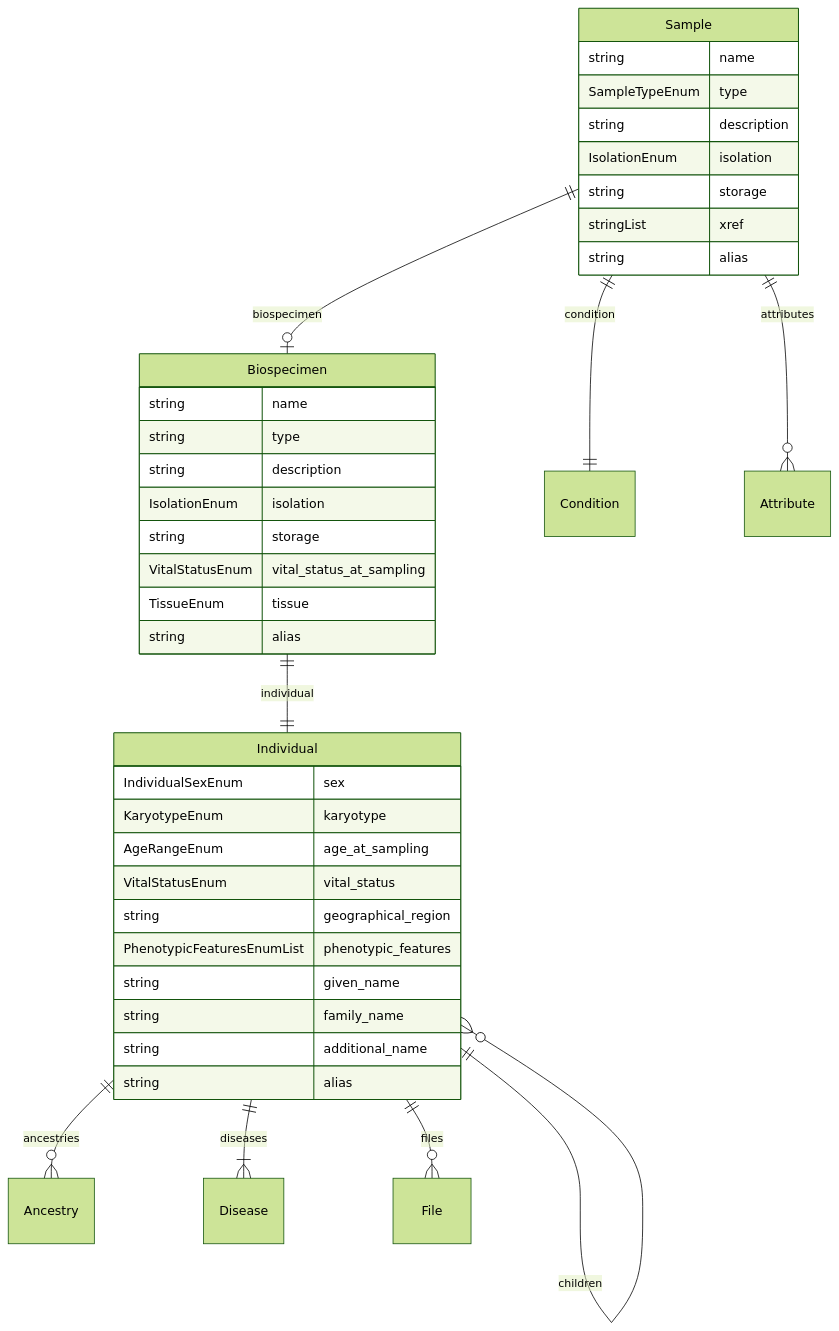
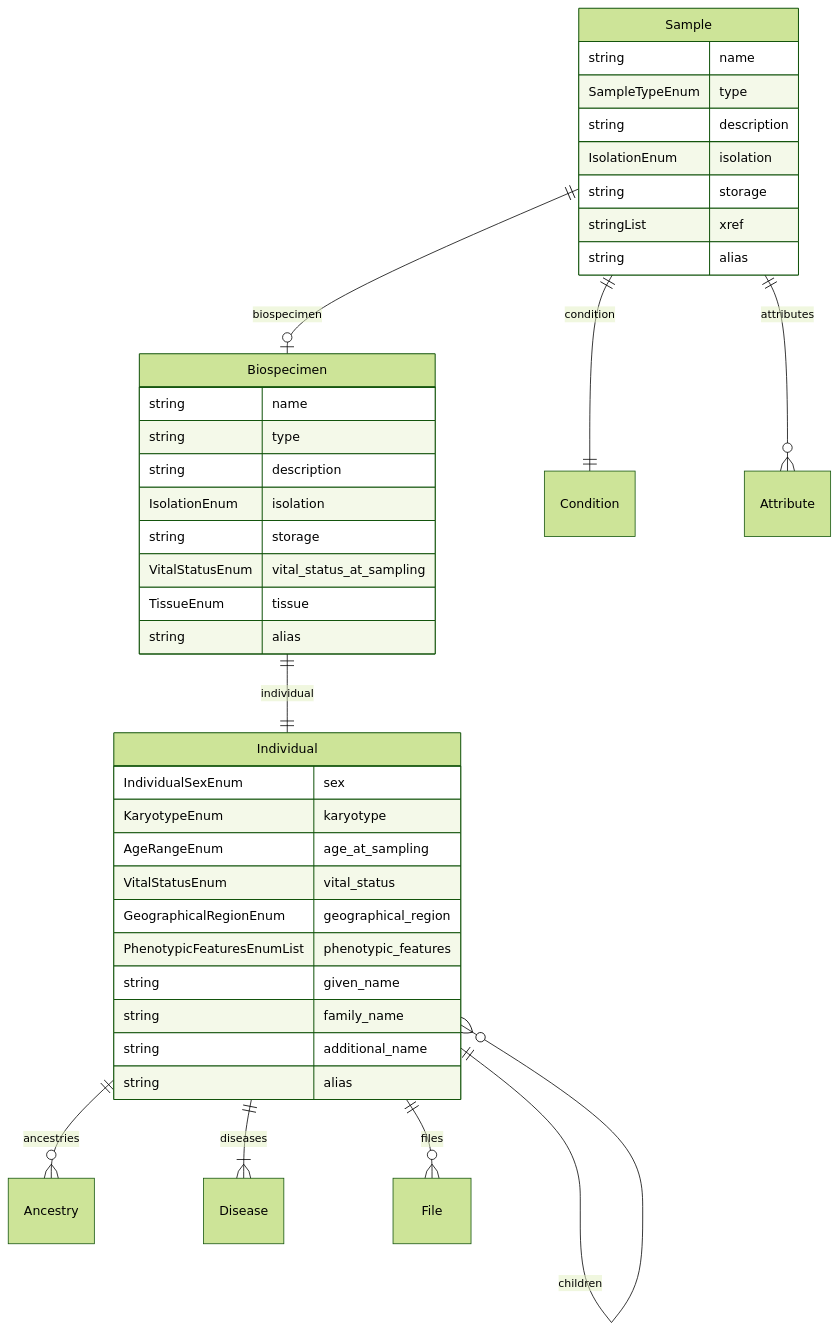
The fifth of 7 diagrams in docs/entity_relations.md (ghga-de/ghga-metadata-schema), drawn with Mermaid (forest theme) before and after one commit. The commit also changed 6 other files, not shown here.

Commit message:
Add GeographicalRegionEnum

````diff
--- a/docs/entity_relations.md
+++ b/docs/entity_relations.md
@@ -260,45 +260,45 @@
 ```mermaid
 erDiagram
 Individual {
     IndividualSexEnum sex  
     KaryotypeEnum karyotype  
     AgeRangeEnum age_at_sampling  
     VitalStatusEnum vital_status  
-    string geographical_region  
+    GeographicalRegionEnum geographical_region  
     PhenotypicFeaturesEnumList phenotypic_features  
     string given_name  
     string family_name  
     string additional_name  
     string alias  
 }
 Biospecimen {
     string name  
     string type  
     string description  
     IsolationEnum isolation  
     string storage  
     VitalStatusEnum vital_status_at_sampling  
     TissueEnum tissue  
     string alias  
 }
 Sample {
     string name  
     SampleTypeEnum type  
     string description  
     IsolationEnum isolation  
     string storage  
     stringList xref  
     string alias  
 }
 
 Individual ||--}o Ancestry : "ancestries"
 Individual ||--}o Individual : "parents"
 Individual ||--}o Individual : "children"
 Individual ||--}| Disease : "diseases"
 Individual ||--}o File : "files"
 Biospecimen ||--|| Individual : "individual"
 Sample ||--|o Biospecimen : "biospecimen"
 Sample ||--|| Condition : "condition"
 Sample ||--}o Attribute : "attributes"
 
 ```
````
